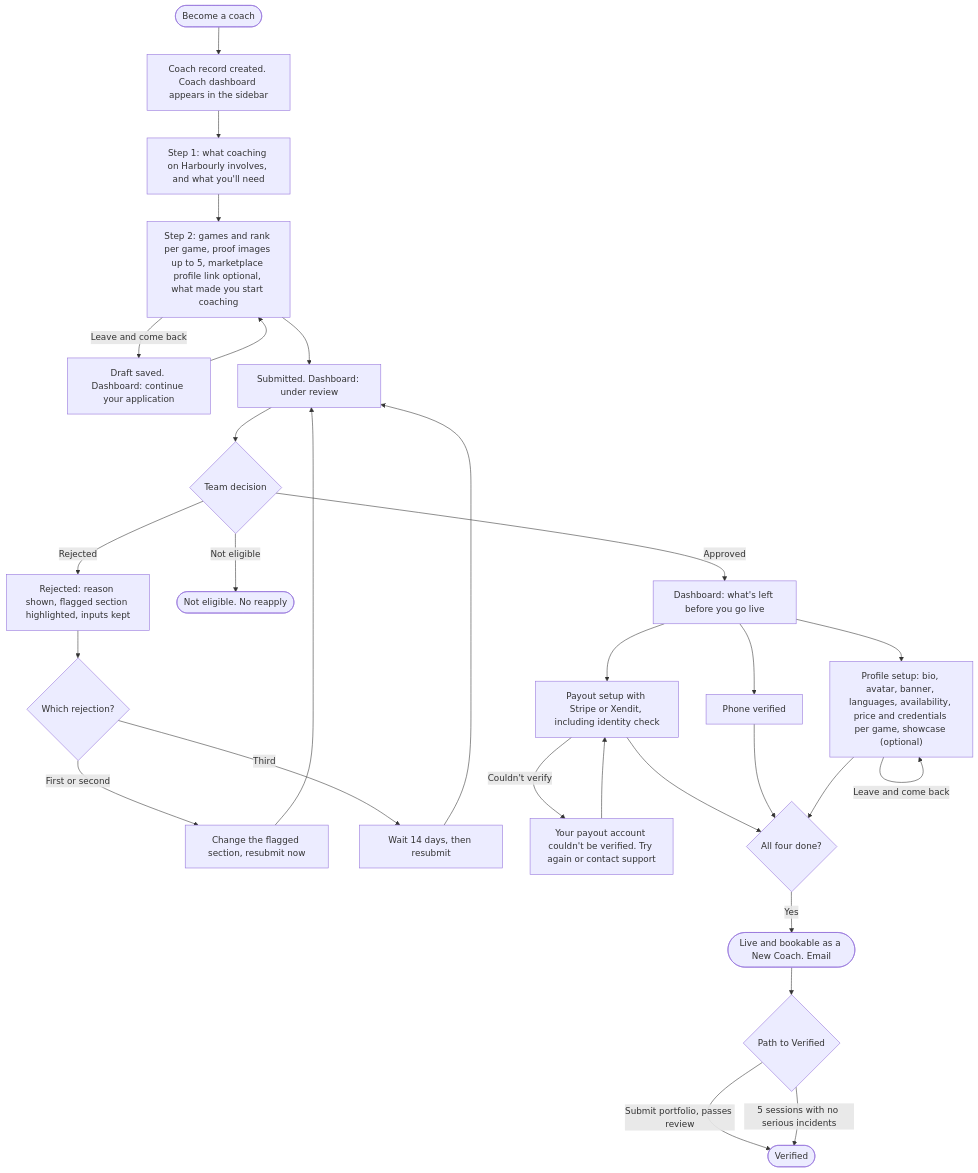
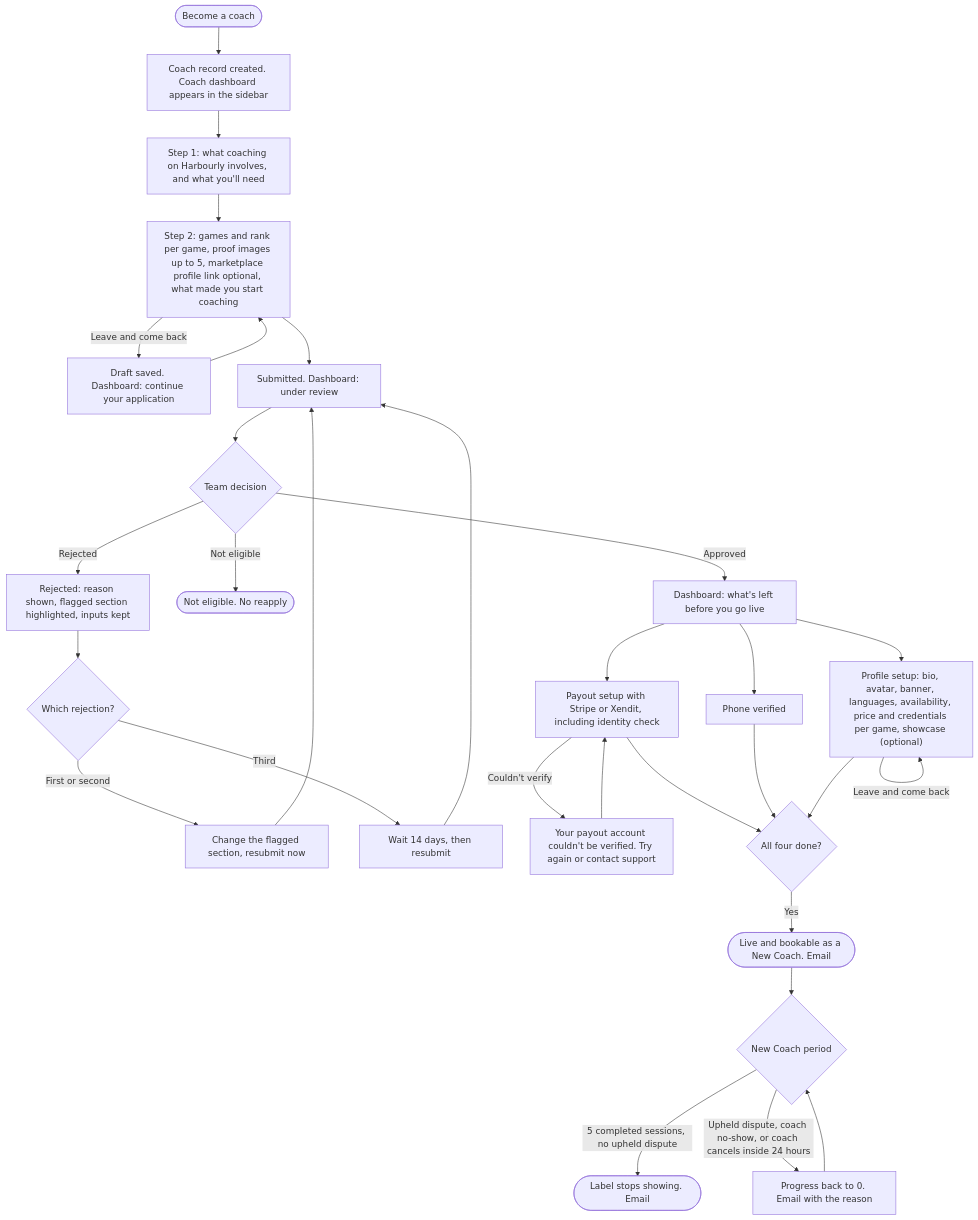
One commit to ILoveWaterSm/Harbourly-Waitlist-2.0 changed the eighth of 13 diagrams in design/USER-FLOW.md. Above: the diagram before and after it, drawn with Mermaid. The commit also changed other lines of this file and 3 other files, not shown here.

First line of the commit message:
Record the 23 Oct policy update: New Coach without a Verified badge, 6% fee and 12% commission, 1-hour cancellation with 50/50 split, no-show reports, price floor

````diff
--- a/design/USER-FLOW.md
+++ b/design/USER-FLOW.md
@@ -232,34 +239,35 @@
 ```mermaid
 flowchart TD
   Become(["Become a coach"]) --> Row["Coach record created. Coach dashboard appears in the sidebar"]
   Row --> Step1["Step 1: what coaching on Harbourly involves, and what you'll need"]
   Step1 --> Step2["Step 2: games and rank per game, proof images up to 5, marketplace profile link optional, what made you start coaching"]
   Step2 -->|"Leave and come back"| Draft["Draft saved. Dashboard: continue your application"]
   Draft --> Step2
   Step2 --> Submitted["Submitted. Dashboard: under review"]
   Submitted --> Decision{"Team decision"}
 
   Decision -->|"Rejected"| Rejected["Rejected: reason shown, flagged section highlighted, inputs kept"]
   Rejected --> Attempts{"Which rejection?"}
   Attempts -->|"First or second"| Fix["Change the flagged section, resubmit now"]
   Attempts -->|"Third"| Wait["Wait 14 days, then resubmit"]
   Fix --> Submitted
   Wait --> Submitted
   Decision -->|"Not eligible"| Closed(["Not eligible. No reapply"])
 
   Decision -->|"Approved"| Gates["Dashboard: what's left before you go live"]
   Gates --> Payout["Payout setup with Stripe or Xendit, including identity check"]
   Payout -->|"Couldn't verify"| PayoutFail["Your payout account couldn't be verified. Try again or contact support"]
   PayoutFail --> Payout
   Gates --> PhoneGate["Phone verified"]
   Gates --> Setup["Profile setup: bio, avatar, banner, languages, availability, price and credentials per game, showcase (optional)"]
   Setup -->|"Leave and come back"| Setup
   Payout --> AllDone{"All four done?"}
   PhoneGate --> AllDone
   Setup --> AllDone
   AllDone -->|"Yes"| Live(["Live and bookable as a New Coach. Email"])
 
-  Live --> Path{"Path to Verified"}
-  Path -->|"Submit portfolio, passes review"| Verified(["Verified"])
-  Path -->|"5 sessions with no serious incidents"| Verified
+  Live --> NewCoach{"New Coach period"}
+  NewCoach -->|"5 completed sessions, no upheld dispute"| Dropped(["Label stops showing. Email"])
+  NewCoach -->|"Upheld dispute, coach no-show, or coach cancels inside 24 hours"| Reset["Progress back to 0. Email with the reason"]
+  Reset --> NewCoach
 ```
````
